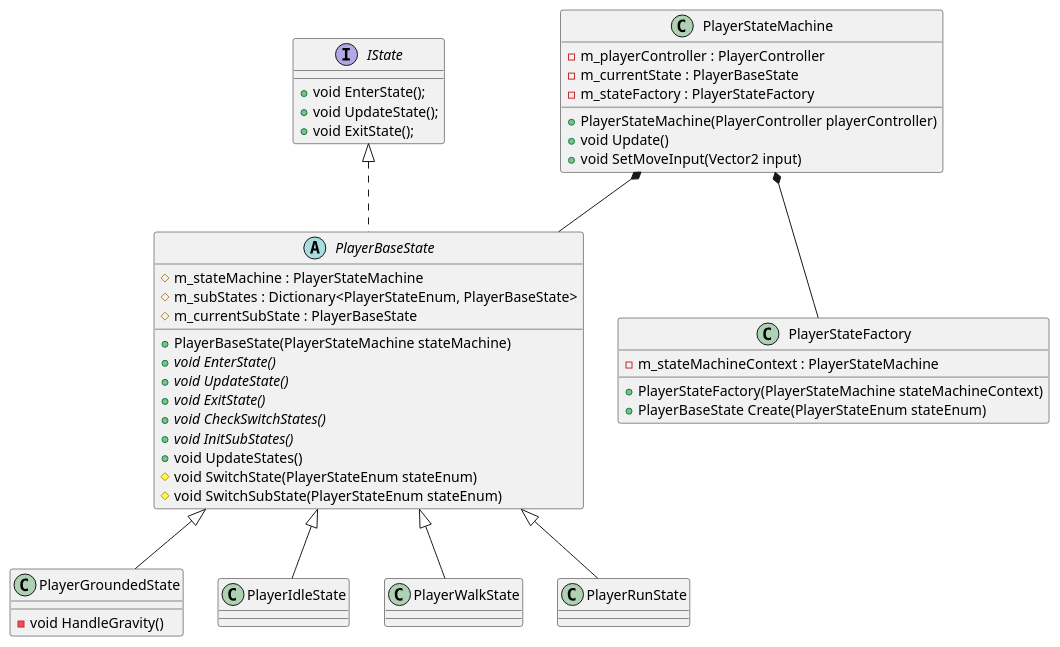
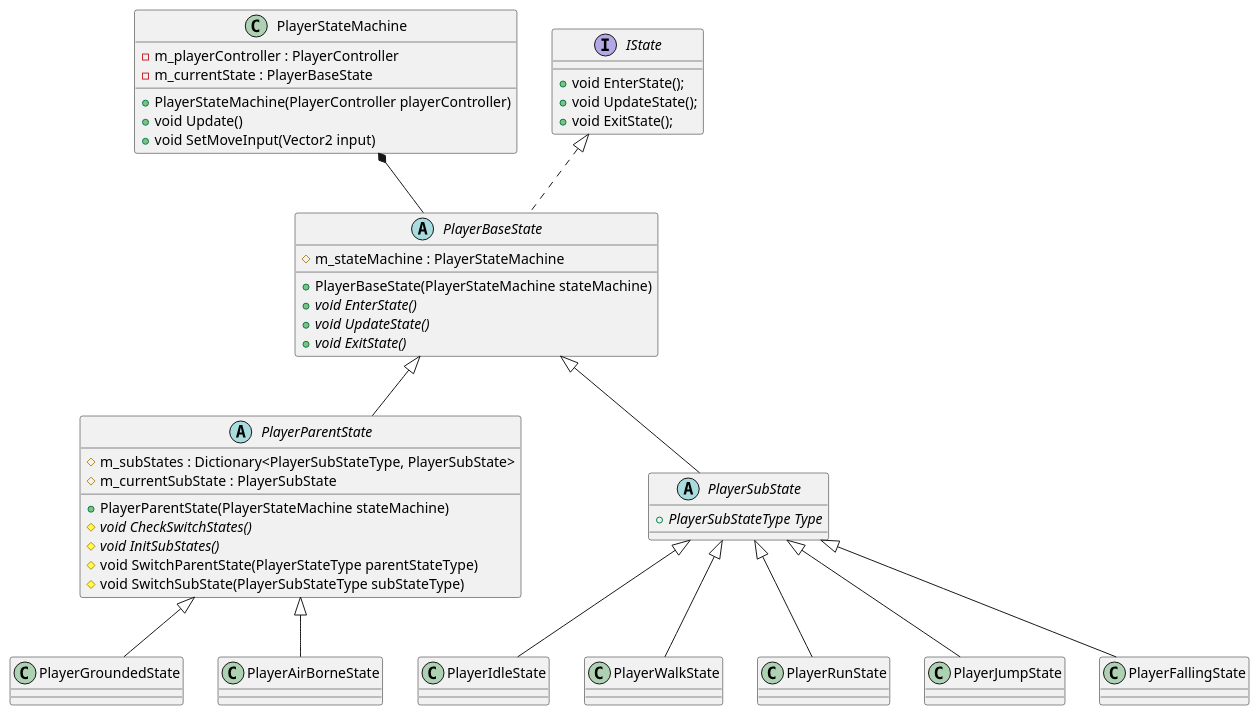
The diagram in Documents/StateMachine.puml (Jerryym/EchoKnight), drawn with PlantUML before and after one commit.

Commit message:
更新状态机UML图

```diff
--- a/Documents/StateMachine.puml
+++ b/Documents/StateMachine.puml
@@ -1,57 +1,64 @@
 @startuml StateMachine
 
 class PlayerStateMachine {
 	- m_playerController : PlayerController
 	- m_currentState : PlayerBaseState
-	- m_stateFactory : PlayerStateFactory
 
 	+ PlayerStateMachine(PlayerController playerController)
 	+ void Update()
 	+ void SetMoveInput(Vector2 input)
 }
 
 interface IState {
 	+ void EnterState();
 	+ void UpdateState();
 	+ void ExitState();
 }
 
 abstract class PlayerBaseState implements IState {
 	# m_stateMachine : PlayerStateMachine
-	# m_subStates : Dictionary<PlayerStateEnum, PlayerBaseState>
-	# m_currentSubState : PlayerBaseState
 
 	+ PlayerBaseState(PlayerStateMachine stateMachine)
 	+ {abstract} void EnterState()
 	+ {abstract} void UpdateState()
 	+ {abstract} void ExitState()
-	+ {abstract} void CheckSwitchStates()
-	+ {abstract} void InitSubStates()
-	+ void UpdateStates()
-	# void SwitchState(PlayerStateEnum stateEnum)
-	# void SwitchSubState(PlayerStateEnum stateEnum)
 }
 
-class PlayerGroundedState extends PlayerBaseState {
-	- void HandleGravity()
+abstract class PlayerParentState extends PlayerBaseState {
+	# m_subStates : Dictionary<PlayerSubStateType, PlayerSubState>
+	# m_currentSubState : PlayerSubState
+
+	+ PlayerParentState(PlayerStateMachine stateMachine)
+	# {abstract} void CheckSwitchStates()
+	# {abstract} void InitSubStates()
+	# void SwitchParentState(PlayerStateType parentStateType)
+	# void SwitchSubState(PlayerSubStateType subStateType)
 }
 
-class PlayerIdleState extends PlayerBaseState {
+abstract class PlayerSubState extends PlayerBaseState { 
+	+ {abstract} PlayerSubStateType Type
 }
 
-class PlayerWalkState extends PlayerBaseState {
+class PlayerGroundedState extends PlayerParentState {
 }
 
-class PlayerRunState extends PlayerBaseState {
+class PlayerIdleState extends PlayerSubState {
 }
 
-class PlayerStateFactory {
-	- m_stateMachineContext : PlayerStateMachine
+class PlayerWalkState extends PlayerSubState {
+}
 
-	+ PlayerStateFactory(PlayerStateMachine stateMachineContext)
-	+ PlayerBaseState Create(PlayerStateEnum stateEnum)
+class PlayerRunState extends PlayerSubState {
+}
+
+class PlayerAirBorneState extends PlayerParentState { 
+}
+
+class PlayerJumpState extends PlayerSubState { 
+}
+
+class PlayerFallingState extends PlayerSubState { 
 }
 
 PlayerStateMachine *-- PlayerBaseState
-PlayerStateMachine *-- PlayerStateFactory
 @enduml
```
